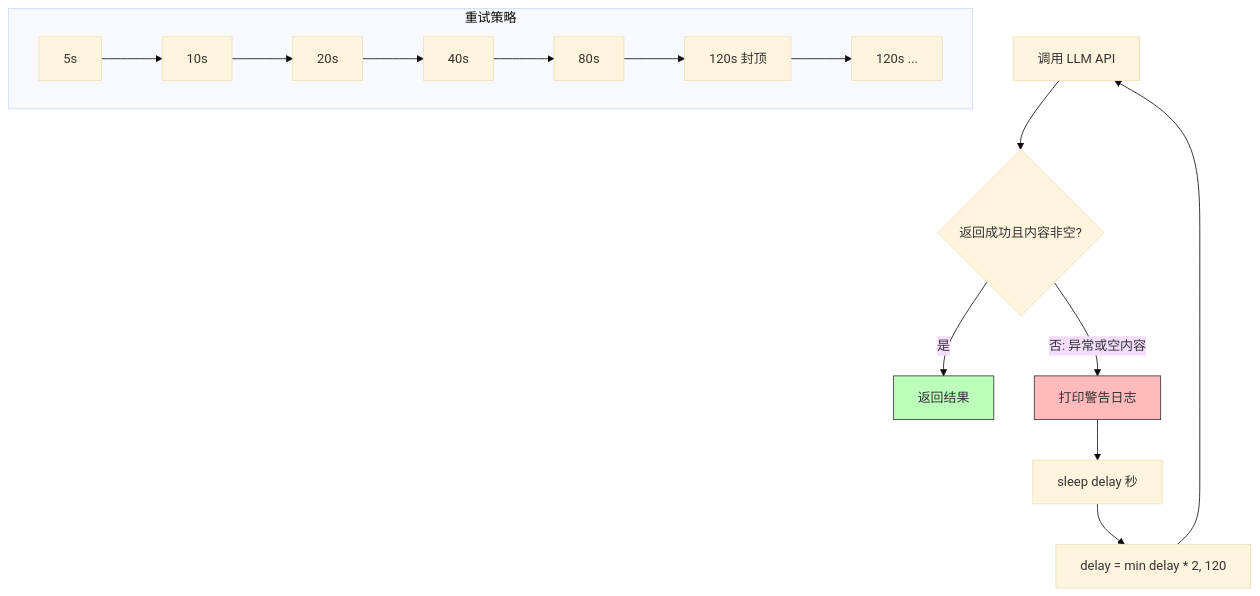
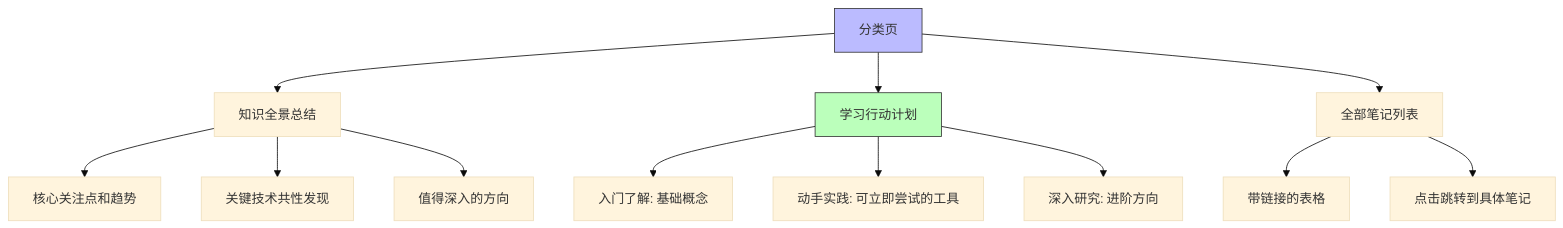
One commit to aijoey298/weixin-favor-kb changed the third of 14 diagrams in blog.md. Above: the diagram before and after it, drawn with Mermaid (base theme). The commit also changed other lines of this file, not shown here.

First line of the commit message:
Rewrite blog: restructure into 快速开始/使用效果/代码详解 with 14 Mermaid diagrams

````diff
--- a/blog.md
+++ b/blog.md
@@ -450,17 +189,20 @@
 ```mermaid
 flowchart TD
-    A[调用 LLM API] --> B{返回成功且内容非空?}
-    B -->|是| C[返回结果]
-    B -->|否: 异常或空内容| D[打印警告日志]
-    D --> E[sleep delay 秒]
-    E --> F[delay = min delay * 2, 120]
-    F --> A
+    A["分类页"] --> B["知识全景总结"]
+    A --> C["学习行动计划"]
+    A --> D["全部笔记列表"]
 
+    B --> B1["核心关注点和趋势"]
+    B --> B2["关键技术共性发现"]
+    B --> B3["值得深入的方向"]
+
+    C --> C1["入门了解: 基础概念"]
+    C --> C2["动手实践: 可立即尝试的工具"]
+    C --> C3["深入研究: 进阶方向"]
+
+    D --> D1["带链接的表格"]
+    D --> D2["点击跳转到具体笔记"]
+
+    style A fill:#bbf,stroke:#333
     style C fill:#bfb,stroke:#333
-    style D fill:#fbb,stroke:#333
-
-    subgraph 重试策略
-        direction LR
-        R1[5s] --> R2[10s] --> R3[20s] --> R4[40s] --> R5[80s] --> R6[120s 封顶] --> R7[120s ...]
-    end
 ```
````
